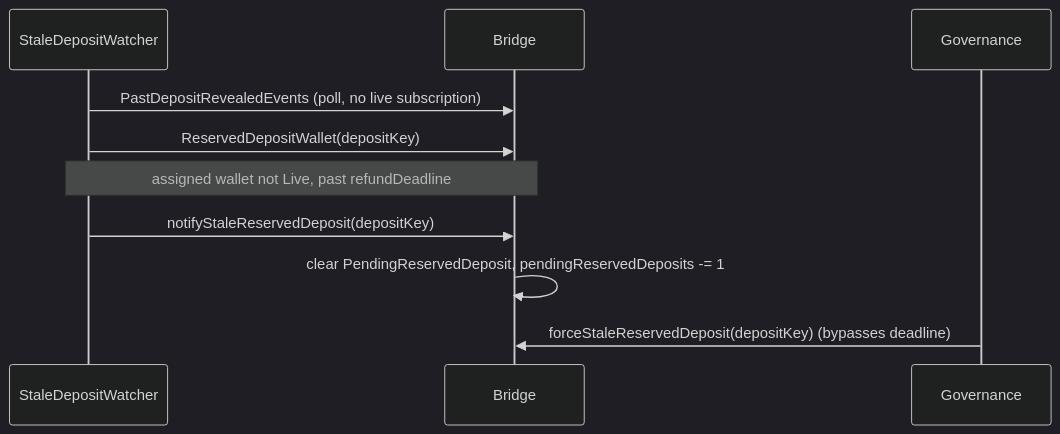
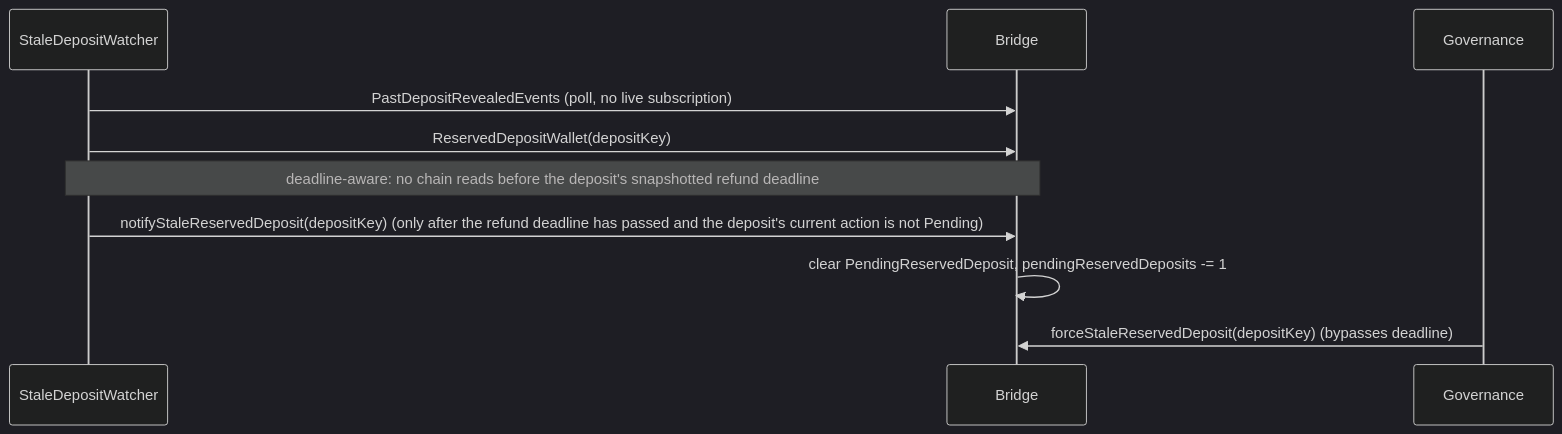
One commit to threshold-network/keep-core changed the sixth of 8 diagrams in docs/spec/reservations/architecture.md. Above: the diagram before and after it, drawn with Mermaid (dark theme). The commit also changed other lines of this file and 18 other files, not shown here.

````diff
--- a/docs/spec/reservations/architecture.md
+++ b/docs/spec/reservations/architecture.md
@@ -439,12 +532,12 @@
 ```mermaid
 sequenceDiagram
   participant Watcher as StaleDepositWatcher
   participant Bridge
   participant Gov as Governance
   Watcher->>Bridge: PastDepositRevealedEvents (poll, no live subscription)
   Watcher->>Bridge: ReservedDepositWallet(depositKey)
-  Note over Watcher,Bridge: assigned wallet not Live, past refundDeadline
-  Watcher->>Bridge: notifyStaleReservedDeposit(depositKey)
+  Note over Watcher,Bridge: deadline-aware: no chain reads before the deposit's snapshotted refund deadline
+  Watcher->>Bridge: notifyStaleReservedDeposit(depositKey) (only after the refund deadline has passed and the deposit's current action is not Pending)
   Bridge->>Bridge: clear PendingReservedDeposit, pendingReservedDeposits -= 1
   Gov->>Bridge: forceStaleReservedDeposit(depositKey) (bypasses deadline)
 ```
````
